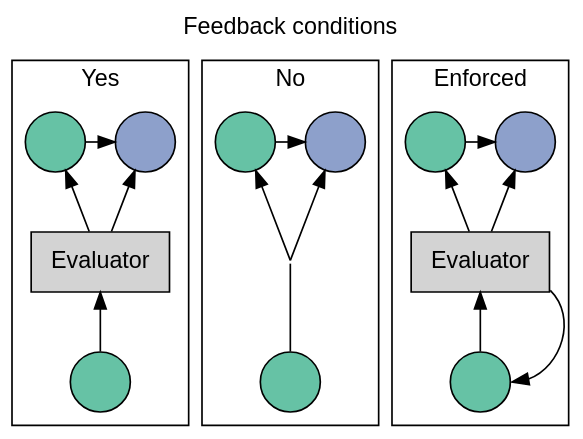
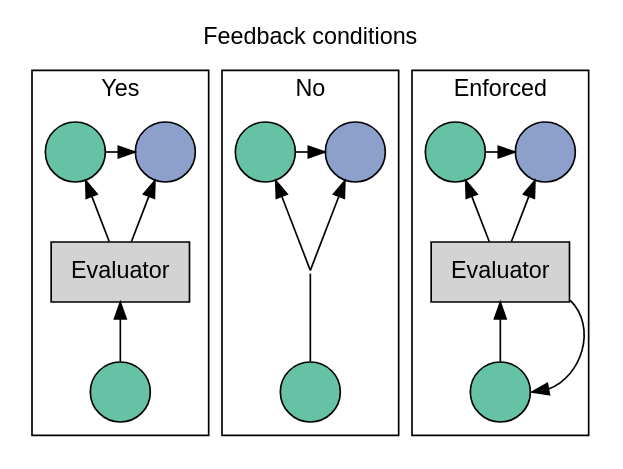
Before and after one commit to pedmiston/diachronic-teams: the diagram in evoteams/inst/extdata/feedback.gv, drawn with Graphviz. The commit also changed 2 other files, not shown here.

Commit message:
Remove transparent background

```diff
--- a/evoteams/inst/extdata/feedback.gv
+++ b/evoteams/inst/extdata/feedback.gv
@@ -1,43 +1,43 @@
 digraph {
   rankdir=BT;
   label="Feedback conditions";
   labelloc="t";
   fontname=helvetica;
-  bgcolor=transparent;
+  // bgcolor=transparent;
 
   node[label="", shape=circle, fontname=helvetica; style=filled];
   edge[fontname=helvetica];
 
   // Colors are people
   y1, n1, e1, ya, na, ea[fillcolor="#66C2A5"];
   yb, nb, eb[fillcolor="#8DA0CB"];
 
   // Shapes
   yfeedback, efeedback[shape=rect, label="Evaluator"];
   nfeedback[style=invis, width=0];
 
   subgraph cluster0 {
     label = "Yes";
     labelloc = "b";
     y1 -> yfeedback -> {ya, yb};
     ya -> yb[constraint=false];
   }
 
   subgraph cluster1 {
     label = "No";
     labelloc = "b";
     n1 -> nfeedback[arrowhead=none, headclip=false];
     nfeedback -> {na, nb}[tailclip=false];
     na -> nb[constraint=false];
   }
 
   subgraph cluster2 {
     label = "Enforced";
     labelloc = "b";
     e1 -> efeedback;
     efeedback -> e1[tailport=se, headport=e, weight=0];
     efeedback -> {ea, eb};
     ea -> eb[constraint=false];
   }
 
 }
```
